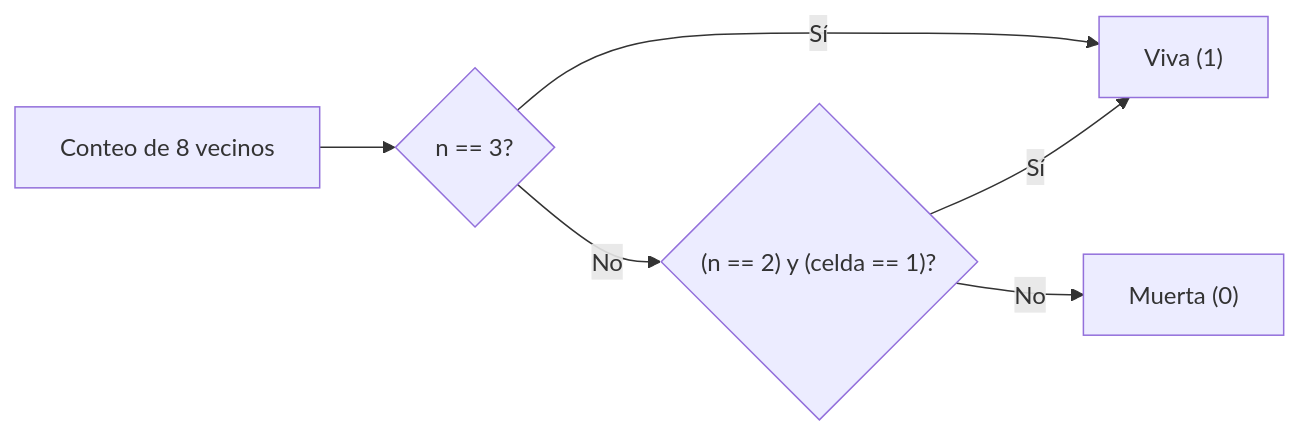
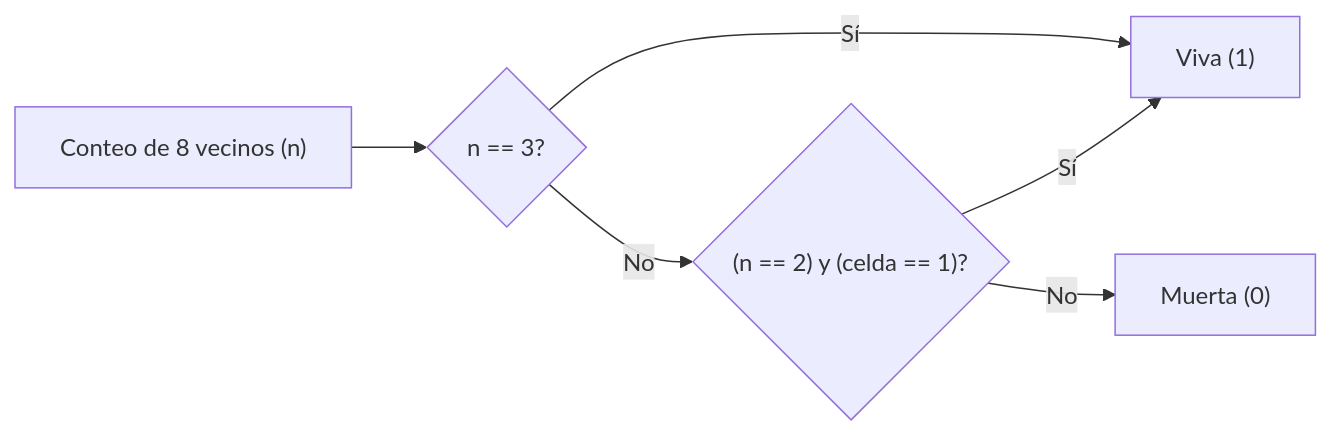
One commit to sgevatschnaider/BigData-Graphs-Evo-CA-Classroom changed the second of 2 diagrams in src/classroom/ca/README.md. Above: the diagram before and after it, drawn with Mermaid. The commit also changed other lines of this file, not shown here.

````diff
--- a/src/classroom/ca/README.md
+++ b/src/classroom/ca/README.md
@@ -360,8 +363,8 @@
 ```mermaid
 graph LR
-  A[Conteo de 8 vecinos] --> B{"n == 3?"}
+  A["Conteo de 8 vecinos (n)"] --> B{"n == 3?"}
   B -- Sí --> Alive["Viva (1)"]
   B -- No --> C{"(n == 2) y (celda == 1)?"}
   C -- Sí --> Alive
   C -- No --> Dead["Muerta (0)"]
 ```
````
